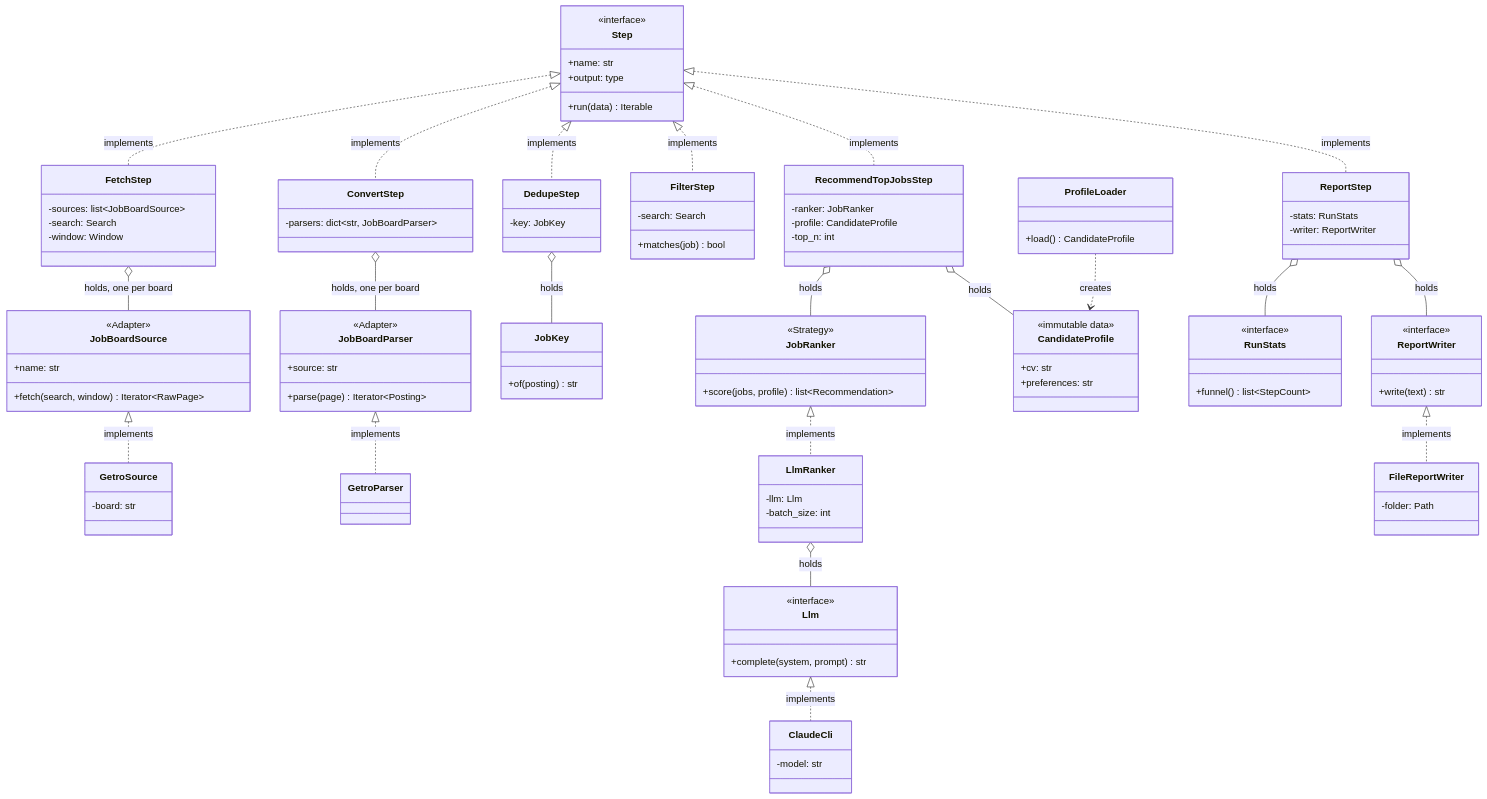
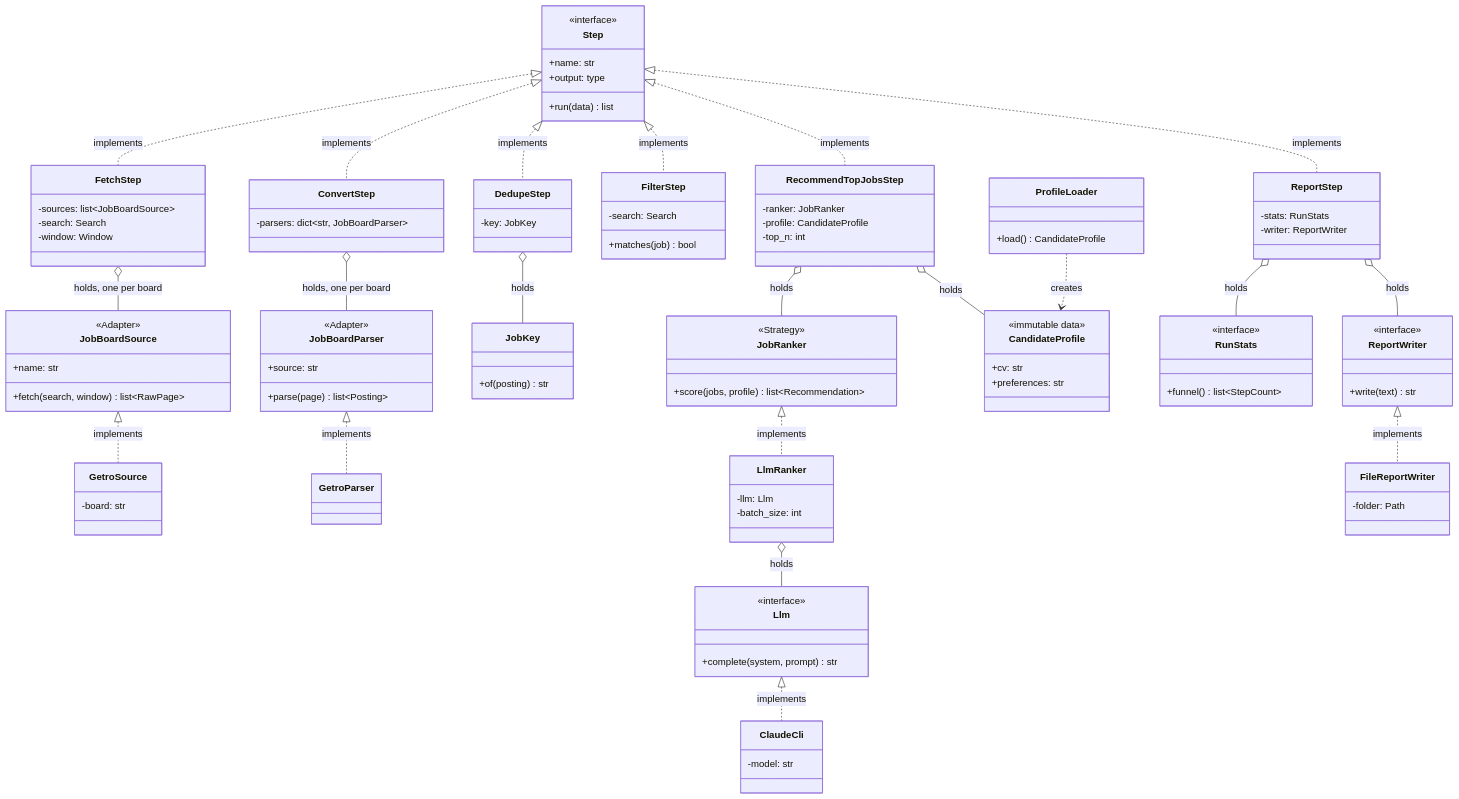
One commit to adailida/job-radar changed the second of 4 diagrams in docs/architecture.md. Above: the diagram before and after it, drawn with Mermaid. The commit also changed other lines of this file and 35 other files, not shown here.

```diff
--- a/docs/architecture.md
+++ b/docs/architecture.md
@@ -104,7 +103,7 @@
         <<interface>>
         +name: str
         +output: type
-        +run(data) Iterable
+        +run(data) list
     }
     class FetchStep {
         -sources: list~JobBoardSource~
@@ -114,7 +113,7 @@
     class JobBoardSource {
         <<Adapter>>
         +name: str
-        +fetch(search, window) Iterator~RawPage~
+        +fetch(search, window) list~RawPage~
     }
     class GetroSource {
         -board: str
@@ -125,7 +124,7 @@
     class JobBoardParser {
         <<Adapter>>
         +source: str
-        +parse(page) Iterator~Posting~
+        +parse(page) list~Posting~
     }
     class GetroParser
     class DedupeStep {
```
